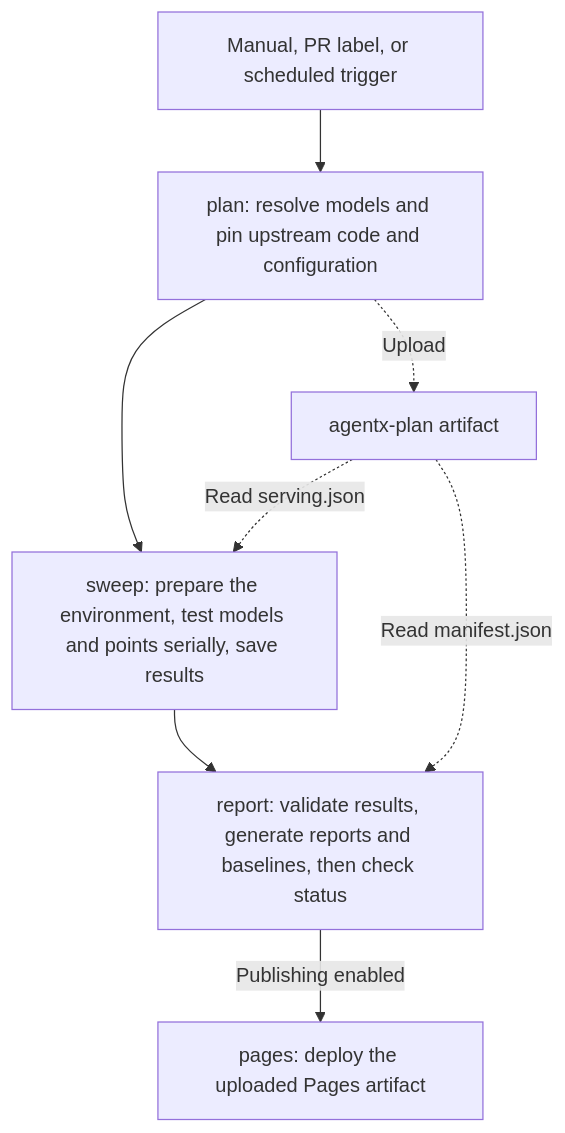
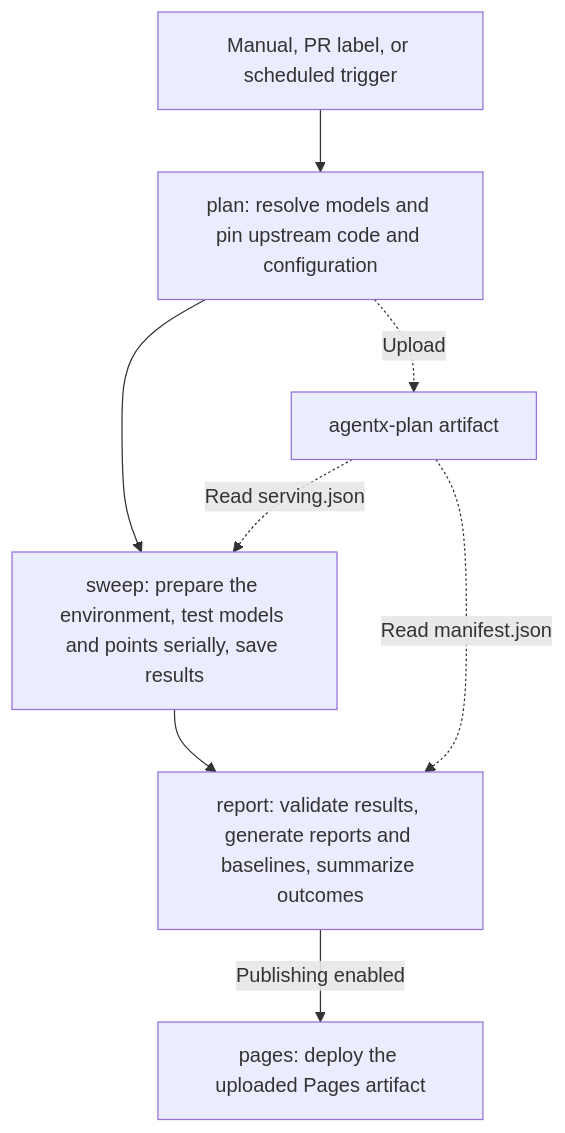
One commit to AMD-AGI/AKLR changed the diagram in benchmarks/agentx/README.md. Above: the diagram before and after it, drawn with Mermaid. The commit also changed other lines of this file and 9 other files, not shown here.

````diff
--- a/benchmarks/agentx/README.md
+++ b/benchmarks/agentx/README.md
@@ -11,10 +11,10 @@
 ```mermaid
 flowchart TD
     T["Manual, PR label, or scheduled trigger"] --> P["plan: resolve models and pin upstream code and configuration"]
     P --> S["sweep: prepare the environment, test models and points serially, save results"]
-    S --> R["report: validate results, generate reports and baselines, then check status"]
+    S --> R["report: validate results, generate reports and baselines, summarize outcomes"]
     R -->|"Publishing enabled"| D["pages: deploy the uploaded Pages artifact"]
     P -.->|"Upload"| A["agentx-plan artifact"]
     A -.->|"Read serving.json"| S
     A -.->|"Read manifest.json"| R
 ```
````
